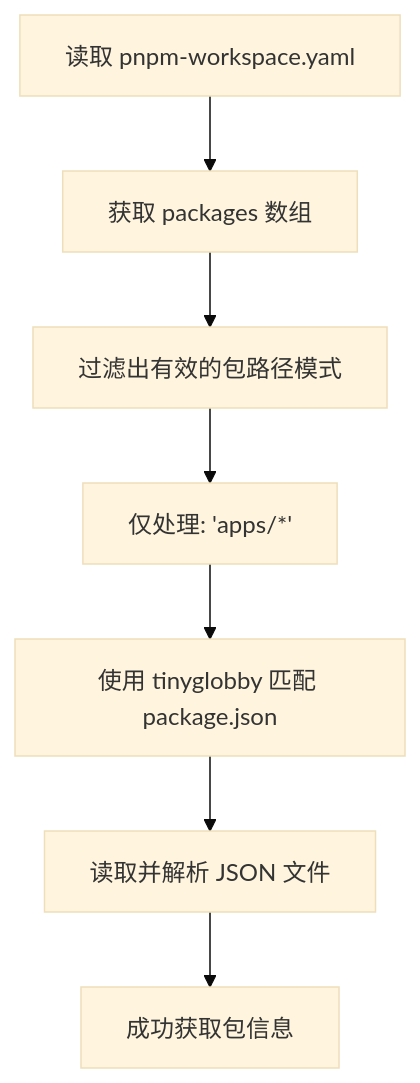
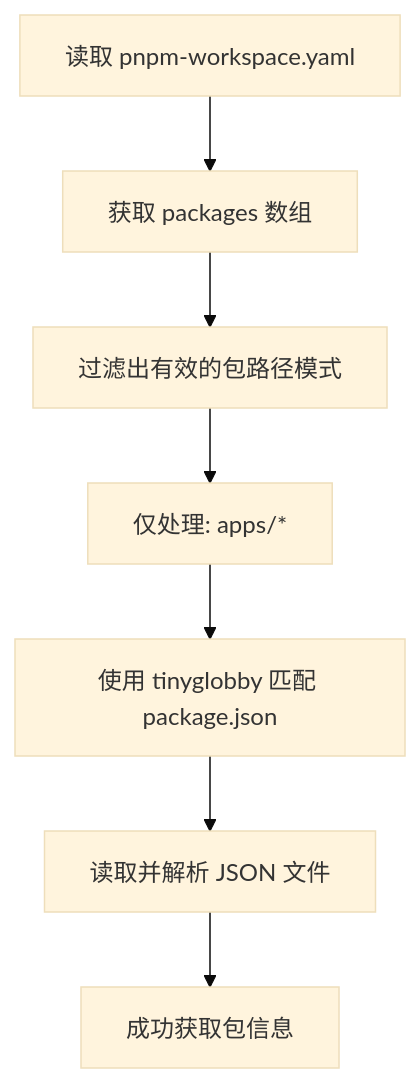
One commit to ruan-cat/11comm changed the first of 2 diagrams in apps/admin/src/docs/reports/2025-12-09-fix-commitlint-config-negation-pattern-bug.md. Above: the diagram before and after it, drawn with Mermaid (base theme). The commit also changed other lines of this file, not shown here.

````diff
--- a/apps/admin/src/docs/reports/2025-12-09-fix-commitlint-config-negation-pattern-bug.md
+++ b/apps/admin/src/docs/reports/2025-12-09-fix-commitlint-config-negation-pattern-bug.md
@@ -111,9 +84,9 @@
 ```mermaid
 graph TD
     A[读取 pnpm-workspace.yaml] --> B[获取 packages 数组]
     B --> C[过滤出有效的包路径模式]
-    C --> D[仅处理: 'apps/*']
+    C --> D[仅处理: apps/*]
     D --> E[使用 tinyglobby 匹配 package.json]
     E --> F[读取并解析 JSON 文件]
     F --> G[成功获取包信息]
 ```
````
